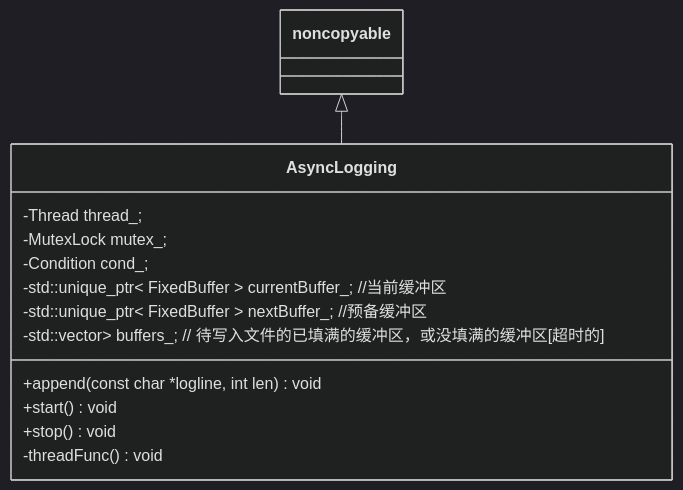
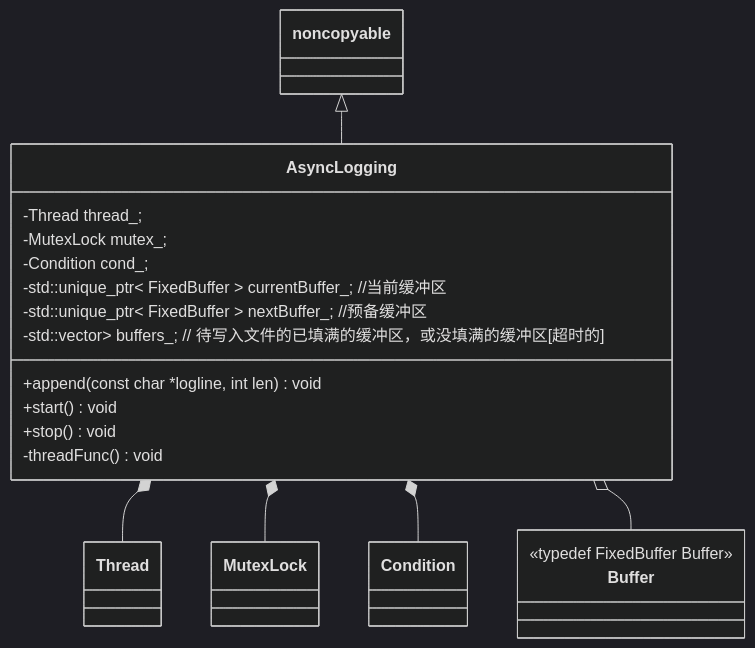
One commit to Hsurpass/Blogs changed diagram 15 of 15 in muduo/study.md. Above: the diagram before and after it, drawn with Mermaid (dark theme). The commit also changed other lines of this file and 4 other files, not shown here.

````diff
--- a/muduo/study.md
+++ b/muduo/study.md
@@ -940,21 +1002,25 @@
 ```mermaid
 classDiagram
 
 class AsyncLogging{
 	+append(const char *logline, int len) void
 	+start() void
 	+stop() void
 	-threadFunc() void
 	
 	-Thread thread_;
 	-MutexLock mutex_;
 	-Condition cond_;
 	-std::unique_ptr< FixedBuffer<kLargeBuffer> > currentBuffer_;	//当前缓冲区
 	-std::unique_ptr< FixedBuffer<kLargeBuffer> > nextBuffer_;	//预备缓冲区
 	-std::vector<std::unique_ptr<Buffer>> buffers_;	// 待写入文件的已填满的缓冲区，或没填满的缓冲区[超时的]
 }
-
+class Buffer{
+	<<typedef FixedBuffer<kLargeBuffer> Buffer>>
+}
 noncopyable <|-- AsyncLogging
-
-
+AsyncLogging *-- Thread
+AsyncLogging *-- MutexLock
+AsyncLogging *-- Condition
+AsyncLogging o-- Buffer
 ```
````
